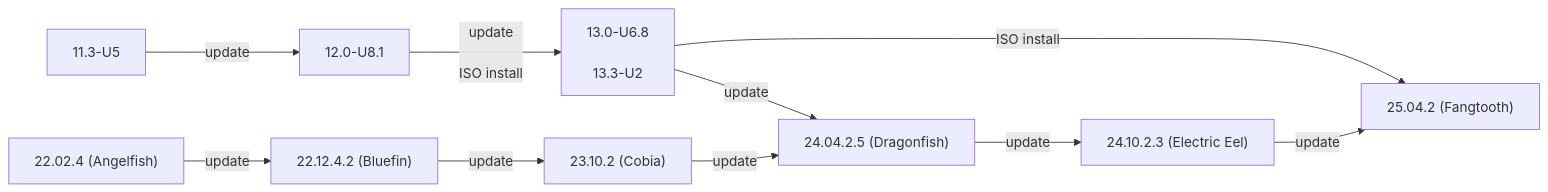
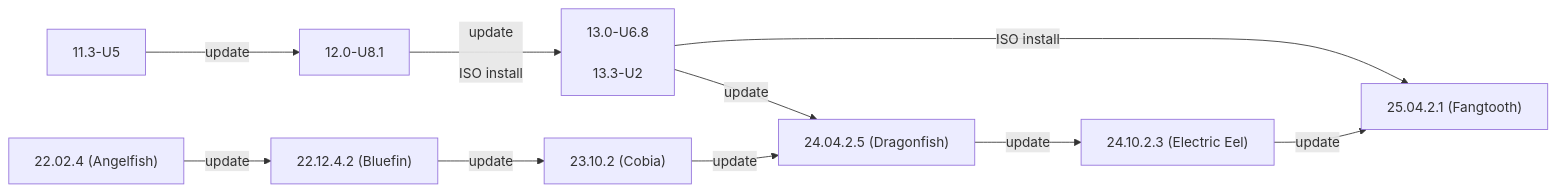
One commit to truenas/documentation changed the first of 2 diagrams in static/includes/SCALEUpgradePaths.md. Above: the diagram before and after it, drawn with Mermaid. The commit also changed 2 other files, not shown here.

Commit message:
250421-release-notes-follow-up

```diff
--- a/static/includes/SCALEUpgradePaths.md
+++ b/static/includes/SCALEUpgradePaths.md
@@ -67,13 +67,13 @@
           {{< mermaid class="mermaid_sizing" >}}
           flowchart LR
             A["11.3-U5"] -->|update| B["12.0-U8.1"]
             B -->|"update<br><br>ISO install"| C["13.0-U6.8<br><br>13.3-U2"]
             C -->|update| G
             C -->|ISO install| I
             D["22.02.4 (Angelfish)"] -->|update| E
             E["22.12.4.2 (Bluefin)"] -->|update| F
             F["23.10.2 (Cobia)"] -->|update| G
             G["24.04.2.5 (Dragonfish)"] -->|update| H
             H["24.10.2.3 (Electric Eel)"] -->|update| I
-            I["25.04.2 (Fangtooth)"]
+            I["25.04.2.1 (Fangtooth)"]
           {{< /mermaid >}}
```
